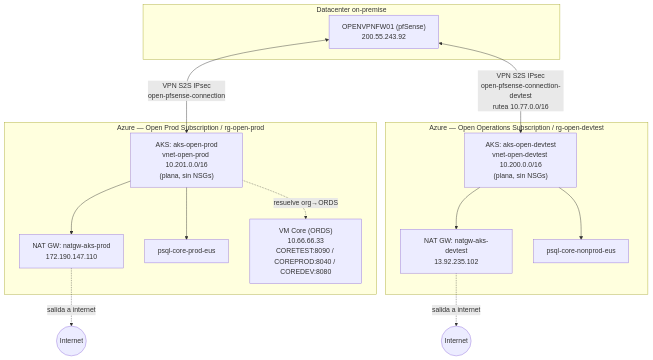
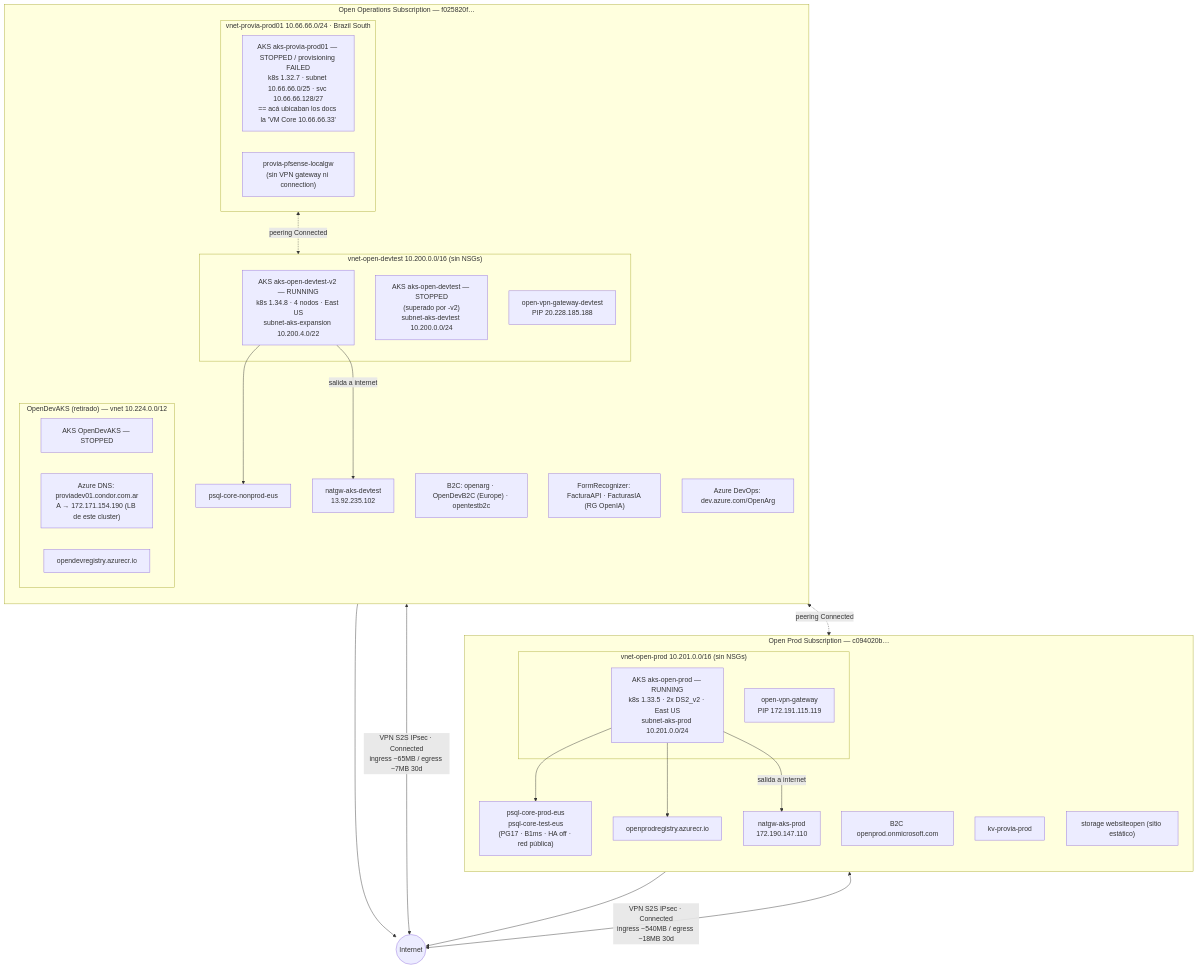
The first of 2 diagrams in cloud-infra/topology-cloud.md (gianfranco-s/smartsouth-opensolutions), drawn with Mermaid before and after one commit. The commit also changed other lines of this file, not shown here.

````diff
--- a/cloud-infra/topology-cloud.md
+++ b/cloud-infra/topology-cloud.md
@@ -5,26 +11,53 @@
 ```mermaid
 flowchart TB
-  subgraph OnPrem["Datacenter on-premise"]
-    pfsense["OPENVPNFW01 (pfSense)<br/>200.55.243.92"]
+  Internet(("Internet"))
+
+  subgraph PROD["Open Prod Subscription — c094020b…"]
+    direction TB
+    subgraph vnetprod["vnet-open-prod 10.201.0.0/16 (sin NSGs)"]
+      aksprod["AKS aks-open-prod — RUNNING<br/>k8s 1.33.5 · 2x DS2_v2 · East US<br/>subnet-aks-prod 10.201.0.0/24"]
+      gwprod["open-vpn-gateway<br/>PIP 172.191.115.119"]
+    end
+    natprod["natgw-aks-prod<br/>172.190.147.110"]
+    pgprod["psql-core-prod-eus<br/>psql-core-test-eus<br/>(PG17 · B1ms · HA off · red pública)"]
+    acrprod["openprodregistry.azurecr.io"]
+    b2cprod["B2C openprod.onmicrosoft.com"]
+    kvprod["kv-provia-prod"]
+    webprod["storage websiteopen (sitio estático)"]
   end
-  subgraph AzureProd["Azure — Open Prod Subscription / rg-open-prod"]
-    aksprod["AKS: aks-open-prod<br/>vnet-open-prod 10.201.0.0/16<br/>(plana, sin NSGs)"]
-    natprod["NAT GW: natgw-aks-prod<br/>172.190.147.110"]
-    pgprod["psql-core-prod-eus"]
-    core["VM Core (ORDS)<br/>10.66.66.33<br/>CORETEST:8090 / COREPROD:8040 / COREDEV:8080"]
+
+  subgraph OPS["Open Operations Subscription — f025820f…"]
+    direction TB
+    subgraph vnetdev["vnet-open-devtest 10.200.0.0/16 (sin NSGs)"]
+      aksdev2["AKS aks-open-devtest-v2 — RUNNING<br/>k8s 1.34.8 · 4 nodos · East US<br/>subnet-aks-expansion 10.200.4.0/22"]
+      aksdev1["AKS aks-open-devtest — STOPPED<br/>(superado por -v2)<br/>subnet-aks-devtest 10.200.0.0/24"]
+      gwdev["open-vpn-gateway-devtest<br/>PIP 20.228.185.188"]
+    end
+    natdev["natgw-aks-devtest<br/>13.92.235.102"]
+    pgdev["psql-core-nonprod-eus"]
+    subgraph vnetprovia["vnet-provia-prod01 10.66.66.0/24 · Brazil South"]
+      aksprovia["AKS aks-provia-prod01 — STOPPED / provisioning FAILED<br/>k8s 1.32.7 · subnet 10.66.66.0/25 · svc 10.66.66.128/27<br/>== acá ubicaban los docs la 'VM Core 10.66.66.33'"]
+      gwprovia["provia-pfsense-localgw<br/>(sin VPN gateway ni connection)"]
+    end
+    subgraph vnetodevaks["OpenDevAKS (retirado) — vnet 10.224.0.0/12"]
+      aksold["AKS OpenDevAKS — STOPPED"]
+      dnszone["Azure DNS: proviadev01.condor.com.ar<br/>A → 172.171.154.190 (LB de este cluster)"]
+      acrdev["opendevregistry.azurecr.io"]
+    end
+    b2cops["B2C: openarg · OpenDevB2C (Europe) · opentestb2c"]
+    ai["FormRecognizer: FacturaAPI · FacturasIA (RG OpenIA)"]
+    devops["Azure DevOps: dev.azure.com/OpenArg"]
   end
-  subgraph AzureDev["Azure — Open Operations Subscription / rg-open-devtest"]
-    aksdev["AKS: aks-open-devtest<br/>vnet-open-devtest 10.200.0.0/16<br/>(plana, sin NSGs)"]
-    natdev["NAT GW: natgw-aks-devtest<br/>13.92.235.102"]
-    pgdev["psql-core-nonprod-eus"]
-  end
-  pfsense <-->|"VPN S2S IPsec<br/>open-pfsense-connection"| aksprod
-  pfsense <-->|"VPN S2S IPsec<br/>open-pfsense-connection-devtest<br/>rutea 10.77.0.0/16"| aksdev
+
   aksprod --> pgprod
-  aksdev --> pgdev
-  aksprod --> natprod
-  aksdev --> natdev
-  aksprod -.->|"resuelve org→ORDS"| core
-  natprod -.->|"salida a internet"| Internet1(("Internet"))
-  natdev -.->|"salida a internet"| Internet2(("Internet"))
+  aksprod --> acrprod
+  aksdev2 --> pgdev
+  aksprod -->|salida a internet| natprod --> Internet
+  aksdev2 -->|salida a internet| natdev --> Internet
+
+  vnetprovia <-.->|peering Connected| vnetprod
+  vnetprovia <-.->|peering Connected| vnetdev
+
+  gwprod <-->|"VPN S2S IPsec · Connected<br/>ingress ~540MB / egress ~18MB 30d"| Internet
+  gwdev  <-->|"VPN S2S IPsec · Connected<br/>ingress ~65MB / egress ~7MB 30d"| Internet
 ```
````
